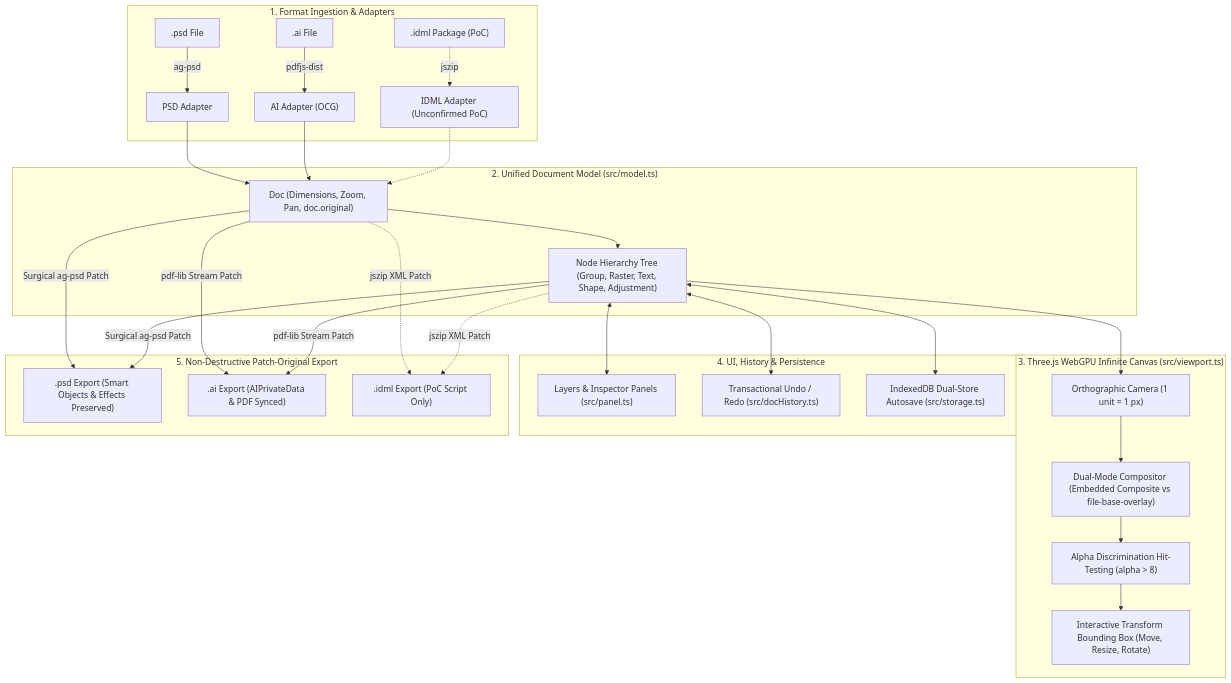
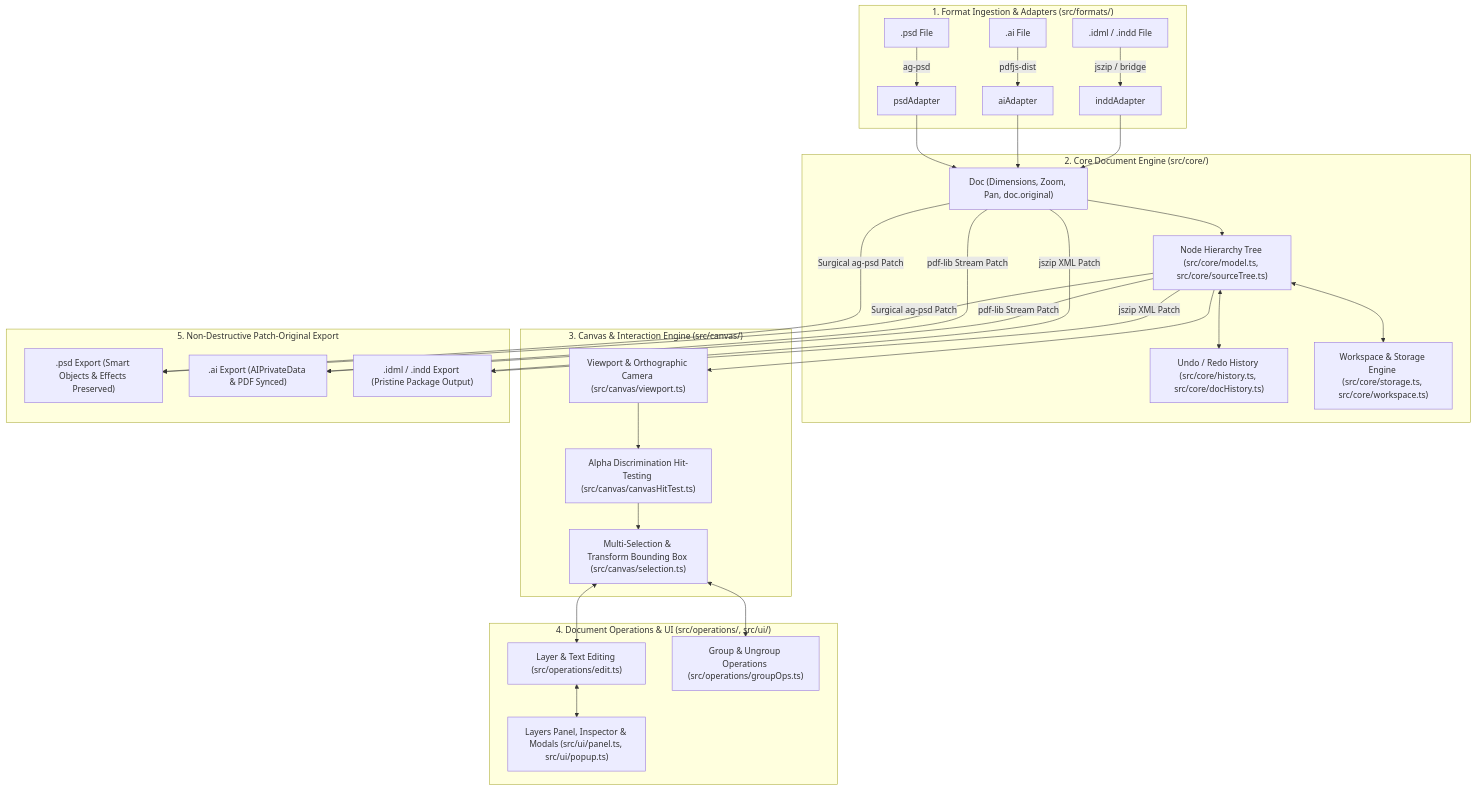
Before and after one commit to Varatharajan1808/creatvise_canvas: the diagram in README.md, drawn with Mermaid. The commit also changed other lines of this file and 255 other files, not shown here.

````diff
--- a/README.md
+++ b/README.md
@@ -88,34 +89,35 @@
 ```mermaid
 graph TD
-    subgraph Ingestion ["1. Format Ingestion & Adapters"]
-        PSD_IN[".psd File"] -->|ag-psd| ADAPT_PSD["PSD Adapter"]
-        AI_IN[".ai File"] -->|pdfjs-dist| ADAPT_AI["AI Adapter (OCG)"]
-        INDD_IN[".idml Package (PoC)"] -.->|jszip| ADAPT_IDML["IDML Adapter (Unconfirmed PoC)"]
+    subgraph Ingestion ["1. Format Ingestion & Adapters (src/formats/)"]
+        PSD_IN[".psd File"] -->|ag-psd| ADAPT_PSD["psdAdapter"]
+        AI_IN[".ai File"] -->|pdfjs-dist| ADAPT_AI["aiAdapter"]
+        INDD_IN[".idml / .indd File"] -->|jszip / bridge| ADAPT_INDD["inddAdapter"]
     end
 
-    subgraph Core ["2. Unified Document Model (src/model.ts)"]
+    subgraph Core ["2. Core Document Engine (src/core/)"]
         ADAPT_PSD --> DOC["Doc (Dimensions, Zoom, Pan, doc.original)"]
         ADAPT_AI --> DOC
-        ADAPT_IDML -.-> DOC
-        DOC --> TREE["Node Hierarchy Tree (Group, Raster, Text, Shape, Adjustment)"]
+        ADAPT_INDD --> DOC
+        DOC --> TREE["Node Hierarchy Tree (src/core/model.ts, src/core/sourceTree.ts)"]
+        TREE <--> HIST["Undo / Redo History (src/core/history.ts, src/core/docHistory.ts)"]
+        TREE <--> IDB["Workspace & Storage Engine (src/core/storage.ts, src/core/workspace.ts)"]
     end
 
-    subgraph Viewport ["3. Three.js WebGPU Infinite Canvas (src/viewport.ts)"]
-        TREE --> SCENE["Orthographic Camera (1 unit = 1 px)"]
-        SCENE --> COMPOSITE["Dual-Mode Compositor (Embedded Composite vs file-base-overlay)"]
-        COMPOSITE --> HIT["Alpha Discrimination Hit-Testing (alpha > 8)"]
-        HIT --> BBOX["Interactive Transform Bounding Box (Move, Resize, Rotate)"]
+    subgraph Canvas ["3. Canvas & Interaction Engine (src/canvas/)"]
+        TREE --> VIEWPORT["Viewport & Orthographic Camera (src/canvas/viewport.ts)"]
+        VIEWPORT --> HIT["Alpha Discrimination Hit-Testing (src/canvas/canvasHitTest.ts)"]
+        HIT --> BBOX["Multi-Selection & Transform Bounding Box (src/canvas/selection.ts)"]
     end
 
-    subgraph State ["4. UI, History & Persistence"]
-        TREE <--> PANEL["Layers & Inspector Panels (src/panel.ts)"]
-        TREE <--> HIST["Transactional Undo / Redo (src/docHistory.ts)"]
-        TREE <--> IDB["IndexedDB Dual-Store Autosave (src/storage.ts)"]
+    subgraph Operations ["4. Document Operations & UI (src/operations/, src/ui/)"]
+        BBOX <--> EDIT["Layer & Text Editing (src/operations/edit.ts)"]
+        BBOX <--> GROUP["Group & Ungroup Operations (src/operations/groupOps.ts)"]
+        EDIT <--> UI["Layers Panel, Inspector & Modals (src/ui/panel.ts, src/ui/popup.ts)"]
     end
 
     subgraph Egress ["5. Non-Destructive Patch-Original Export"]
         DOC & TREE -->|Surgical ag-psd Patch| PSD_OUT[".psd Export (Smart Objects & Effects Preserved)"]
         DOC & TREE -->|pdf-lib Stream Patch| AI_OUT[".ai Export (AIPrivateData & PDF Synced)"]
-        DOC & TREE -.->|jszip XML Patch| IDML_OUT[".idml Export (PoC Script Only)"]
+        DOC & TREE -->|jszip XML Patch| IDML_OUT[".idml / .indd Export (Pristine Package Output)"]
     end
 ```
````
